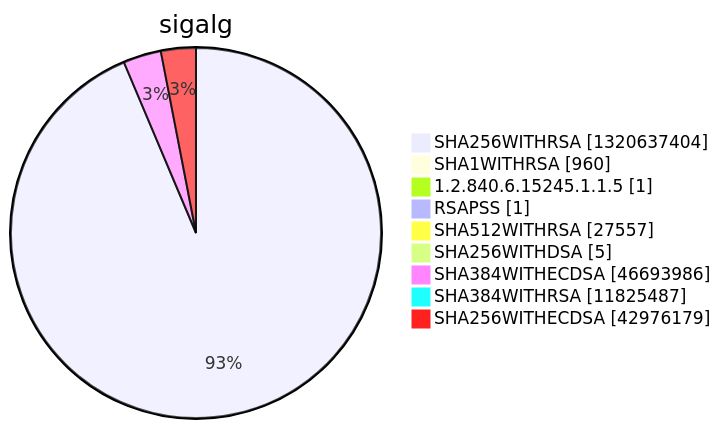
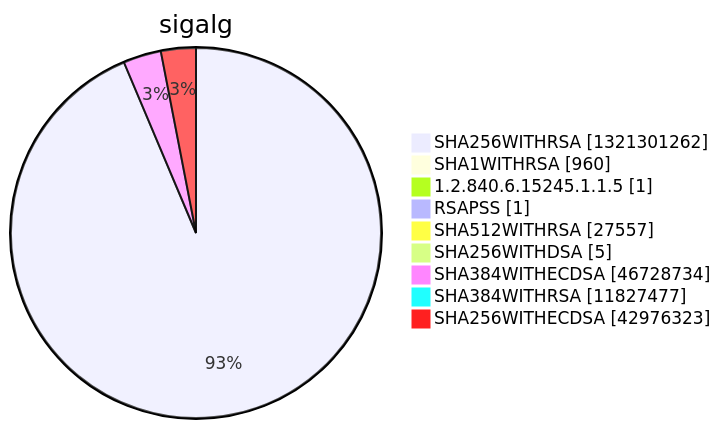
Before and after one commit to christiankrug/ctmonitor_visualization: diagram 15 of 15 in argon2022/README.md, drawn with Mermaid. The commit also changed other lines of this file, not shown here.

````diff
--- a/argon2022/README.md
+++ b/argon2022/README.md
@@ -5524,13 +5524,13 @@
 ```mermaid
 pie showData
 title sigalg
-"SHA256WITHRSA" :1320637404
+"SHA256WITHRSA" :1321301262
 "SHA1WITHRSA" :960
 "1.2.840.6.15245.1.1.5" :1
 "RSAPSS" :1
 "SHA512WITHRSA" :27557
 "SHA256WITHDSA" :5
-"SHA384WITHECDSA" :46693986
-"SHA384WITHRSA" :11825487
-"SHA256WITHECDSA" :42976179
+"SHA384WITHECDSA" :46728734
+"SHA384WITHRSA" :11827477
+"SHA256WITHECDSA" :42976323
 ```
````
